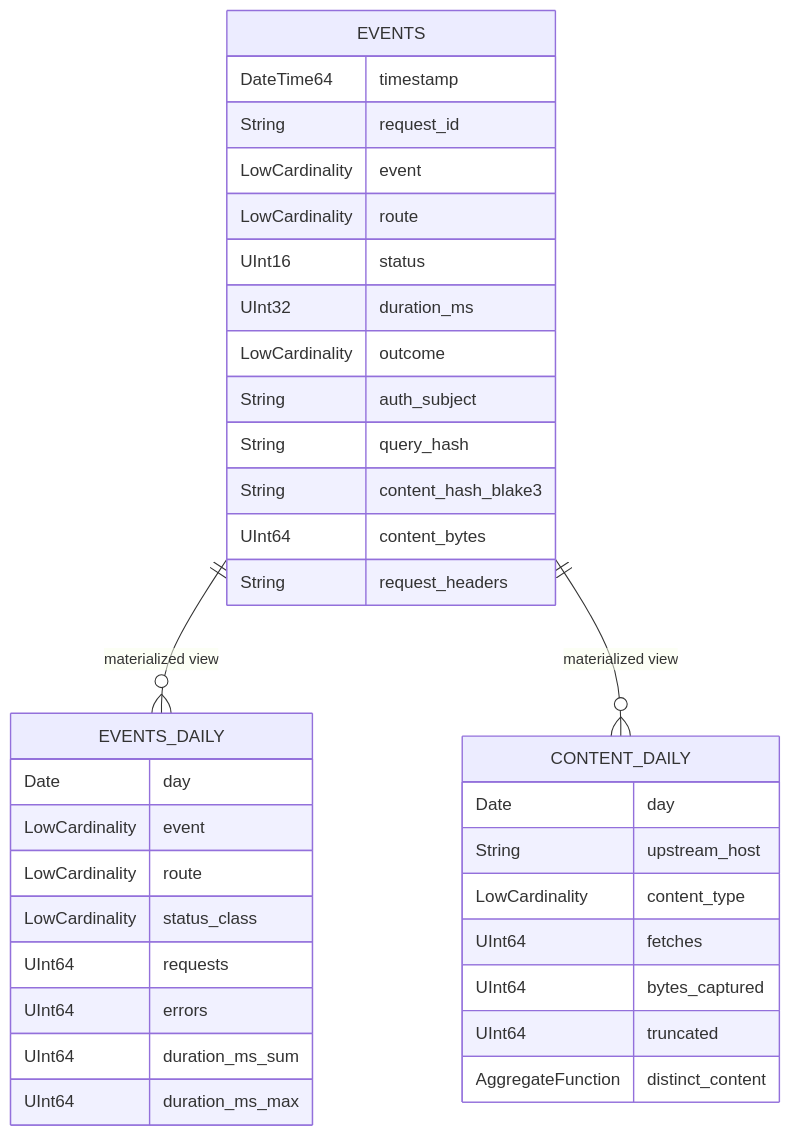
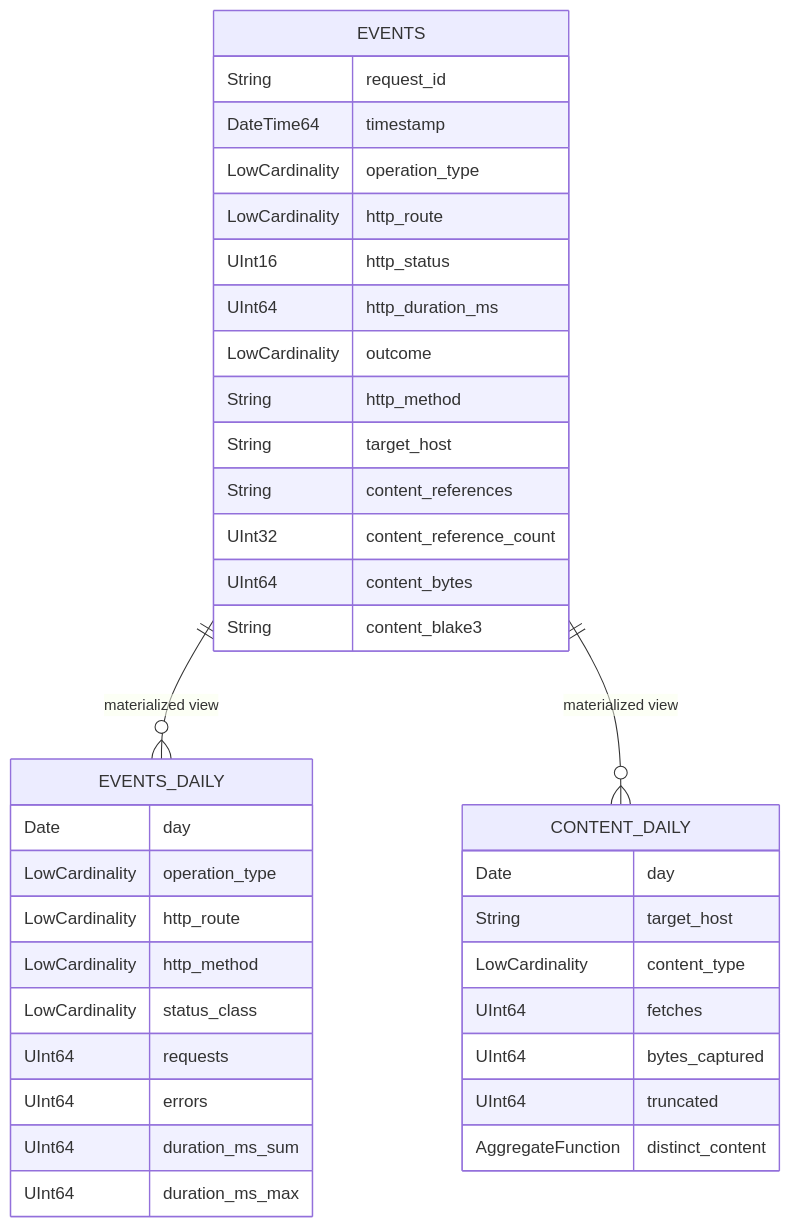
The diagram in docs/reference/clickhouse-schema.md (mkroman/neuradex), drawn with Mermaid before and after one commit. The commit also changed other lines of this file and 30 other files, not shown here.

````diff
--- a/docs/reference/clickhouse-schema.md
+++ b/docs/reference/clickhouse-schema.md
@@ -19,38 +20,40 @@
 ```mermaid
 erDiagram
     EVENTS {
+        String request_id
         DateTime64 timestamp
-        String request_id
-        LowCardinality event
-        LowCardinality route
-        UInt16 status
-        UInt32 duration_ms
+        LowCardinality operation_type
+        LowCardinality http_route
+        UInt16 http_status
+        UInt64 http_duration_ms
         LowCardinality outcome
-        String auth_subject
-        String query_hash
-        String content_hash_blake3
+        String http_method
+        String target_host
+        String content_references
+        UInt32 content_reference_count
         UInt64 content_bytes
-        String request_headers
+        String content_blake3
     }
     EVENTS_DAILY {
         Date day
-        LowCardinality event
-        LowCardinality route
+        LowCardinality operation_type
+        LowCardinality http_route
+        LowCardinality http_method
         LowCardinality status_class
         UInt64 requests
         UInt64 errors
         UInt64 duration_ms_sum
         UInt64 duration_ms_max
     }
     CONTENT_DAILY {
         Date day
-        String upstream_host
+        String target_host
         LowCardinality content_type
         UInt64 fetches
         UInt64 bytes_captured
         UInt64 truncated
         AggregateFunction distinct_content
     }
     EVENTS ||--o{ EVENTS_DAILY : "materialized view"
     EVENTS ||--o{ CONTENT_DAILY : "materialized view"
 ```
````
